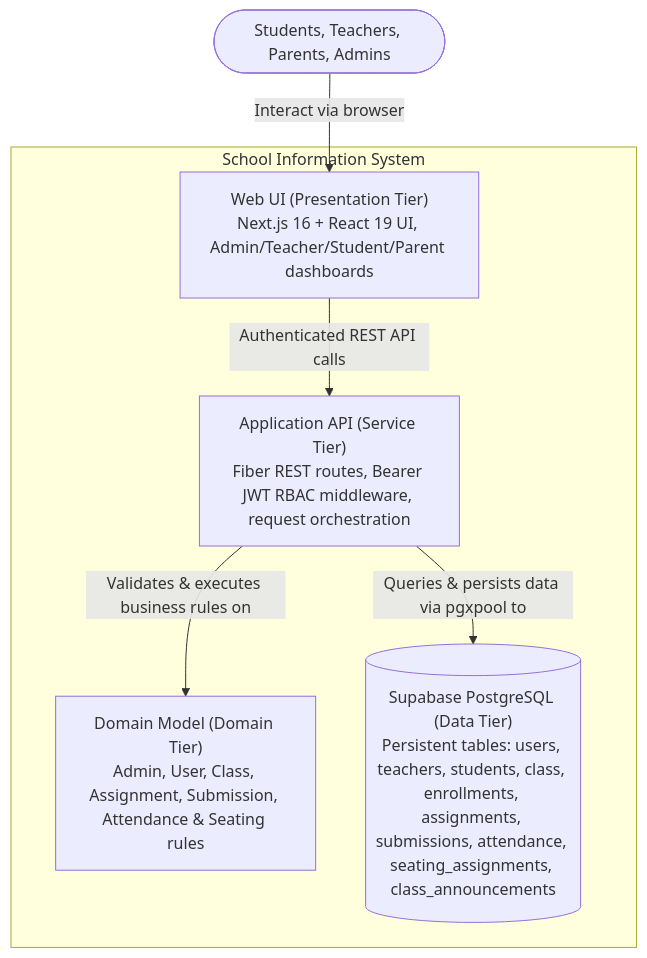
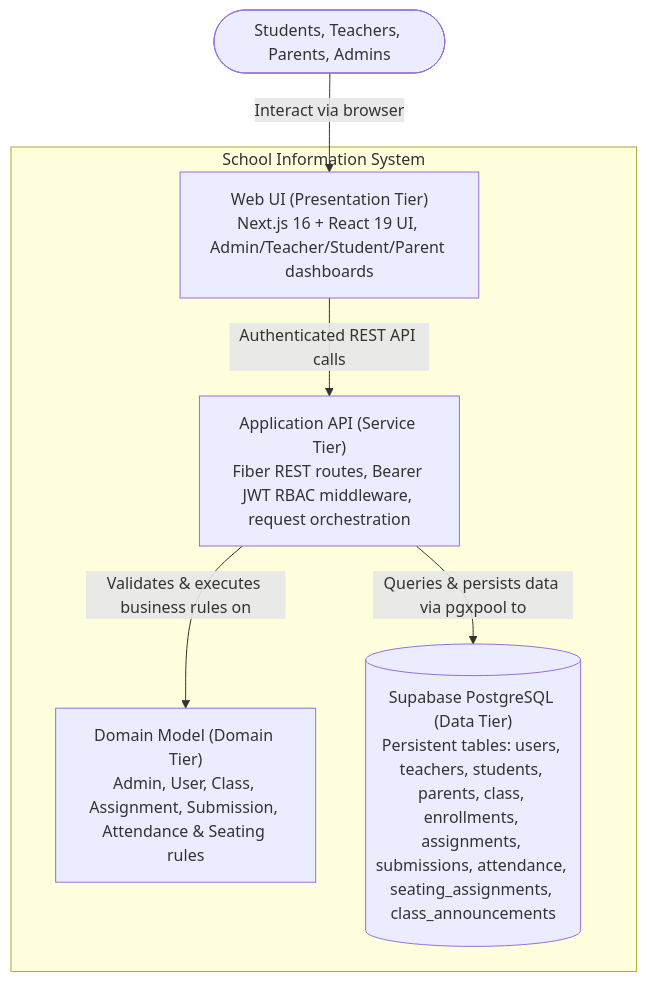
The second of 4 diagrams in README.md (JosephGabrie/cen5064-project-JosephGabrie), drawn with Mermaid before and after one commit. The commit also changed other lines of this file and 34 other files, not shown here.

````diff
--- a/README.md
+++ b/README.md
@@ -230,19 +232,19 @@
 ```mermaid
 %% Container view: containers match the 4-tier table above.
 flowchart TB
     Users([Students, Teachers, Parents, Admins]) --> |Interact via browser| ui
 
     subgraph SIS [School Information System]
         ui["Web UI (Presentation Tier)<br/>Next.js 16 + React 19 UI, Admin/Teacher/Student/Parent dashboards"] 
         
         api["Application API (Service Tier)<br/>Fiber REST routes, Bearer JWT RBAC middleware, request orchestration"]
         
         domain["Domain Model (Domain Tier)<br/>Admin, User, Class, Assignment, Submission, Attendance & Seating rules"]
         
-        db[("Supabase PostgreSQL (Data Tier)<br/>Persistent tables: users, teachers, students, class, enrollments, assignments, submissions, attendance, seating_assignments, class_announcements")]
+        db[("Supabase PostgreSQL (Data Tier)<br/>Persistent tables: users, teachers, students, parents, class, enrollments, assignments, submissions, attendance, seating_assignments, class_announcements")]
 
         ui -->|Authenticated REST API calls| api
         api -->|Validates & executes business rules on| domain
         api -->|Queries & persists data via pgxpool to| db
     end
 ```
````
